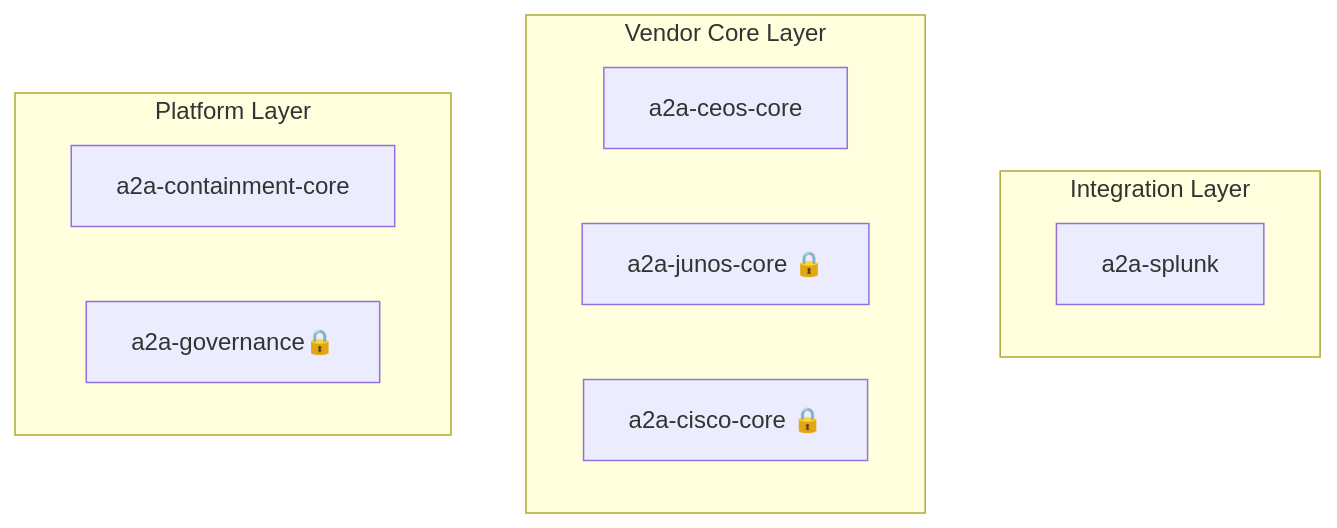
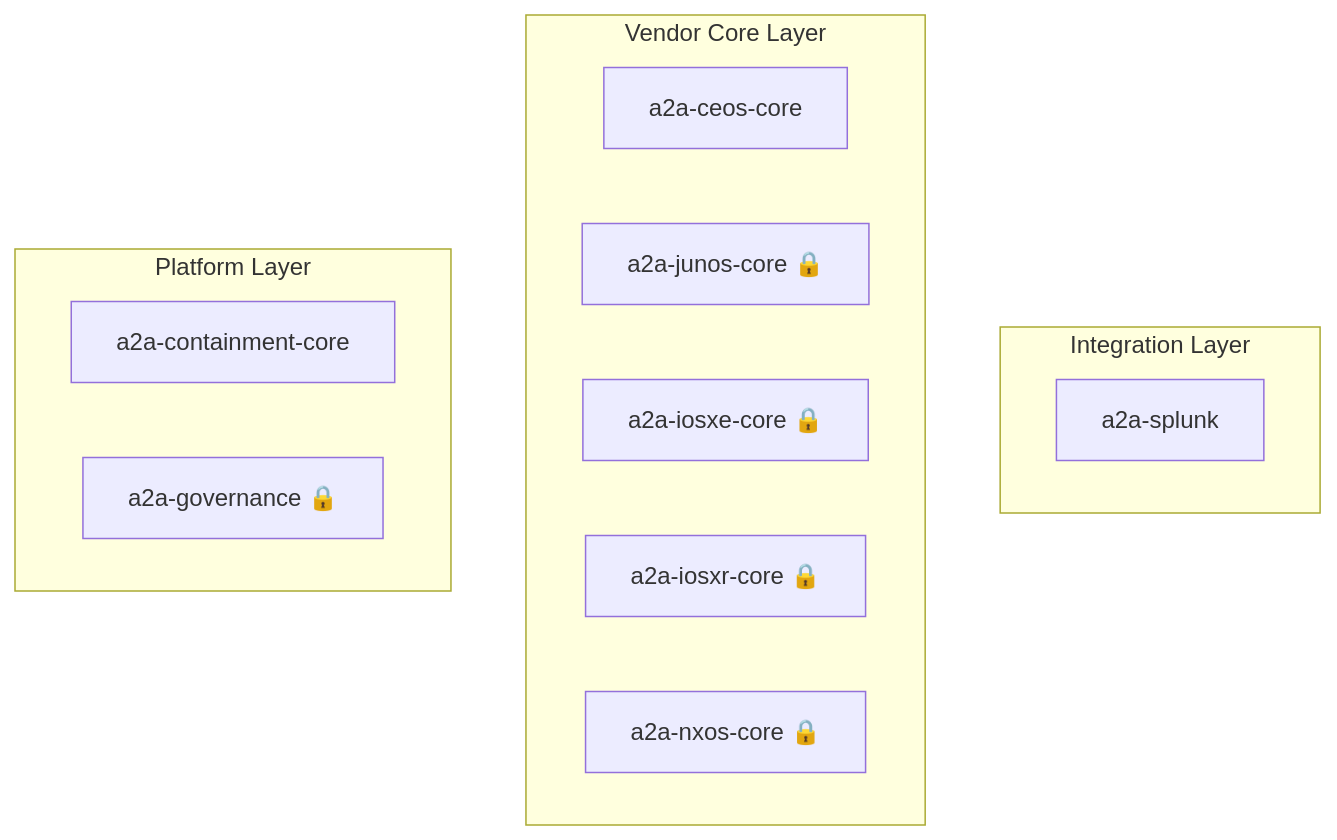
One commit to hidemi-k/hidemi-k changed the diagram in README.md. Above: the diagram before and after it, drawn with Mermaid. The commit also changed other lines of this file, not shown here.

````diff
--- a/README.md
+++ b/README.md
@@ -24,15 +28,17 @@
 ```mermaid
 graph TD
     subgraph Integrations ["Integration Layer"]
         Splunk["a2a-splunk"]
     end
     subgraph A2A_Vendor_Cores ["Vendor Core Layer"]
         Ceos["a2a-ceos-core"]
         Junos["a2a-junos-core 🔒"]
-        Cisco["a2a-cisco-core 🔒"]
+        Iosxe["a2a-iosxe-core 🔒"]
+        Iosxr["a2a-iosxr-core 🔒"]
+        Nxos["a2a-nxos-core 🔒"]
     end
     subgraph A2A_Suite ["Platform Layer"]
         Contain["a2a-containment-core"]
-        Gov["a2a-governance🔒"]
+        Gov["a2a-governance 🔒"]
     end
 ```
````
